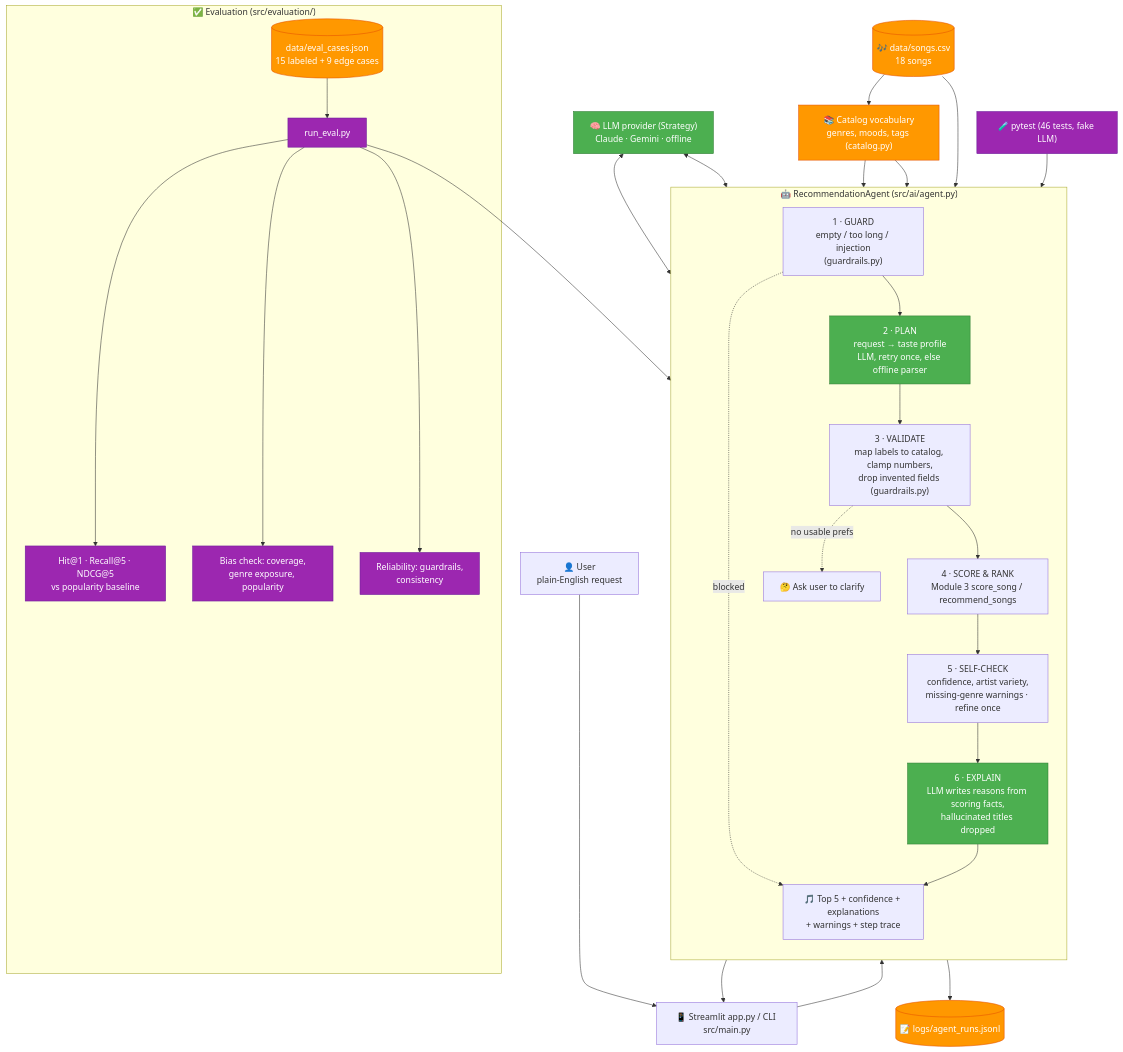
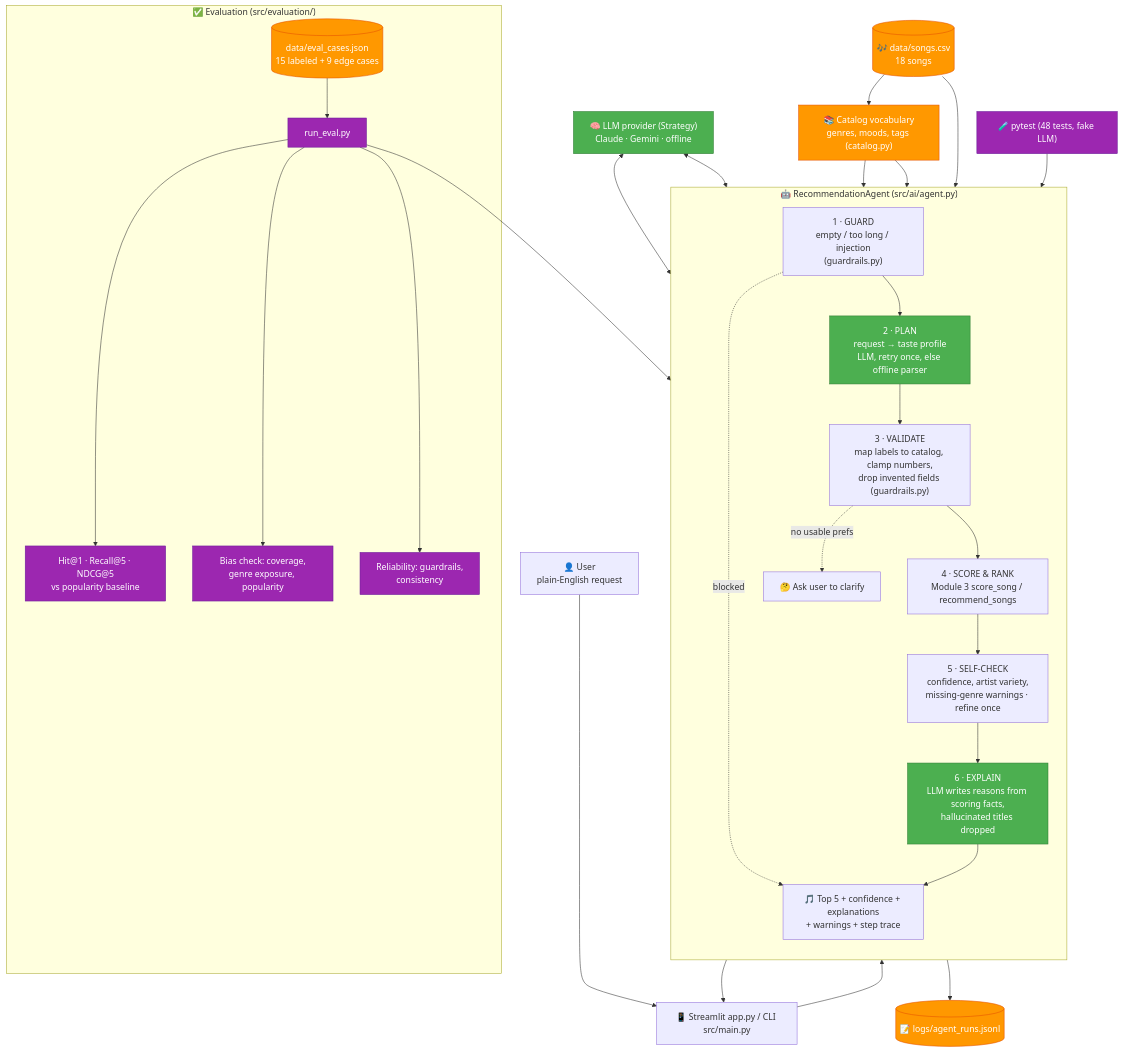
One commit to zloy-bobr/applied-ai-system-project changed the diagram in diagrams/architecture.mmd. Above: the diagram before and after it, drawn with Mermaid. The commit also changed 4 other files, not shown here.

```diff
--- a/diagrams/architecture.mmd
+++ b/diagrams/architecture.mmd
@@ -1,43 +1,43 @@
 flowchart TD
     User["👤 User<br/>plain-English request"] --> UI["📱 Streamlit app.py / CLI src/main.py"]
     UI --> Agent
 
     subgraph Agent["🤖 RecommendationAgent (src/ai/agent.py)"]
         direction TB
         G["1 · GUARD<br/>empty / too long / injection<br/>(guardrails.py)"]
         P["2 · PLAN<br/>request → taste profile<br/>LLM, retry once, else offline parser"]
         V["3 · VALIDATE<br/>map labels to catalog, clamp numbers,<br/>drop invented fields (guardrails.py)"]
         S["4 · SCORE & RANK<br/>Module 3 score_song / recommend_songs"]
         C["5 · SELF-CHECK<br/>confidence, artist variety,<br/>missing-genre warnings · refine once"]
         E["6 · EXPLAIN<br/>LLM writes reasons from scoring facts,<br/>hallucinated titles dropped"]
         G --> P --> V --> S --> C --> E
         G -. blocked .-> Out
         V -. no usable prefs .-> Clarify["🤔 Ask user to clarify"]
     end
 
     LLM["🧠 LLM provider (Strategy)<br/>Claude · Gemini · offline"] <--> P
     LLM <--> E
     Vocab["📚 Catalog vocabulary<br/>genres, moods, tags (catalog.py)"] --> P
     Vocab --> V
     Songs[("🎶 data/songs.csv<br/>18 songs")] --> Vocab
     Songs --> S
 
     E --> Out["🎵 Top 5 + confidence + explanations<br/>+ warnings + step trace"]
     Out --> UI
     Agent --> Log[("📝 logs/agent_runs.jsonl")]
 
     subgraph Eval["✅ Evaluation (src/evaluation/)"]
         Cases[("data/eval_cases.json<br/>15 labeled + 9 edge cases")] --> Harness["run_eval.py"]
         Harness --> Metrics["Hit@1 · Recall@5 · NDCG@5<br/>vs popularity baseline"]
         Harness --> Bias["Bias check: coverage,<br/>genre exposure, popularity"]
         Harness --> Rel["Reliability: guardrails,<br/>consistency"]
     end
     Harness --> Agent
-    Tests["🧪 pytest (46 tests, fake LLM)"] --> Agent
+    Tests["🧪 pytest (48 tests, fake LLM)"] --> Agent
 
     classDef ai fill:#4CAF50,stroke:#2E7D32,color:#fff
     classDef data fill:#FF9800,stroke:#E65100,color:#fff
     classDef eval fill:#9C27B0,stroke:#6A1B9A,color:#fff
     class P,E,LLM ai
     class Songs,Vocab,Cases,Log data
     class Harness,Metrics,Bias,Rel,Tests eval
```
